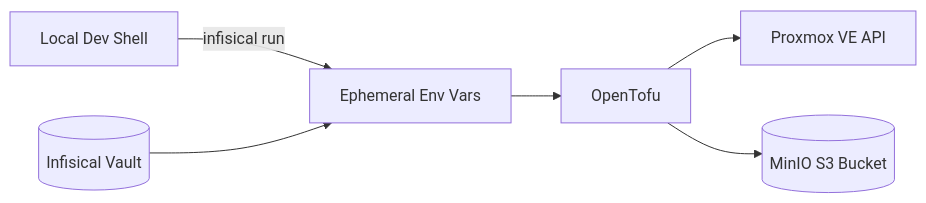
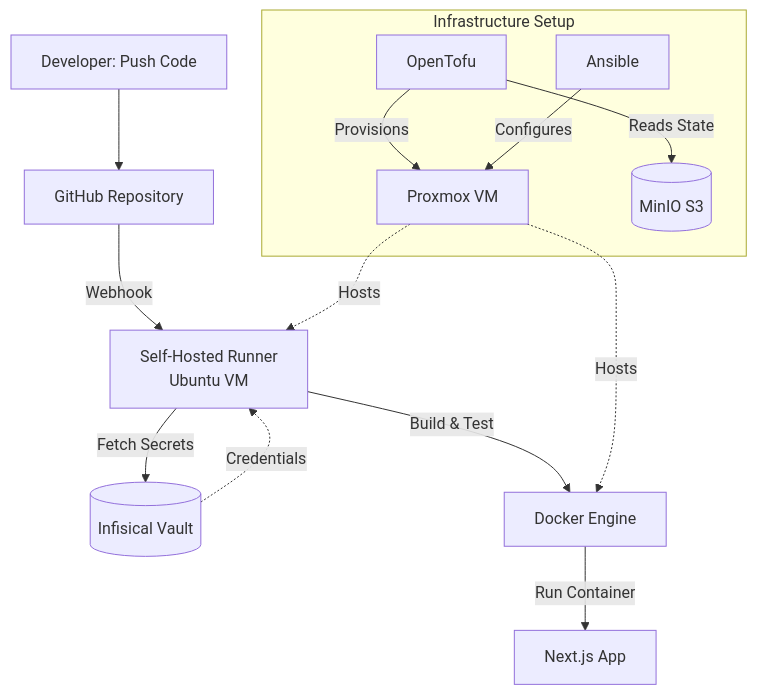
Before and after one commit to Dawo9889/My-Portfolio-CICD-2.0: the diagram in docs-site/docs/index.md, drawn with Mermaid. The commit also changed other lines of this file and 5 other files, not shown here.

````diff
--- a/docs-site/docs/index.md
+++ b/docs-site/docs/index.md
@@ -27,8 +23,22 @@
 ```mermaid
-flowchart LR
-    Dev[Local Dev Shell] -->|infisical run| Env[Ephemeral Env Vars]
-    Env --> Tofu[OpenTofu]
-    Tofu --> Proxmox[Proxmox VE API]
-    Tofu --> MinIO[(MinIO S3 Bucket)]
-    Infisical[(Infisical Vault)] --> Env
+flowchart TB
+    Dev[Developer: Push Code] --> GitHub[GitHub Repository]
+    GitHub -->|Webhook| Runner[Self-Hosted Runner<br/>Ubuntu VM]
+
+    Runner -->|Fetch Secrets| Infisical[(Infisical Vault)]
+    Runner -->|Build & Test| Docker[Docker Engine]
+
+    Infisical -.->|Credentials| Runner
+
+    Docker -->|Run Container| App[Next.js App]
+
+    subgraph "Infrastructure Setup"
+        Tofu[OpenTofu]
+        Tofu -->|Provisions| VM[Proxmox VM]
+        Tofu -->|Reads State| MinIO[(MinIO S3)]
+        Ansible -->|Configures| VM
+    end
+
+    VM -.->|Hosts| Runner
+    VM -.->|Hosts| Docker
 ```
````
